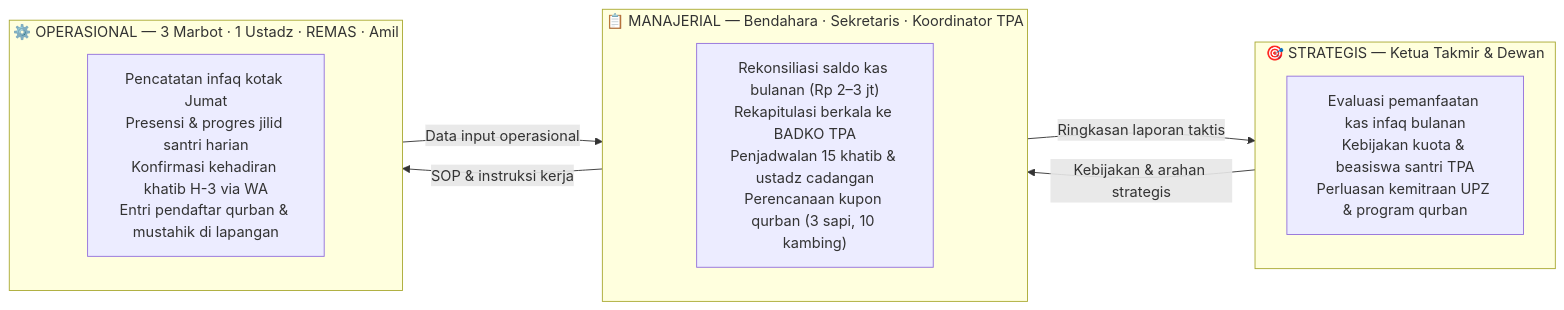
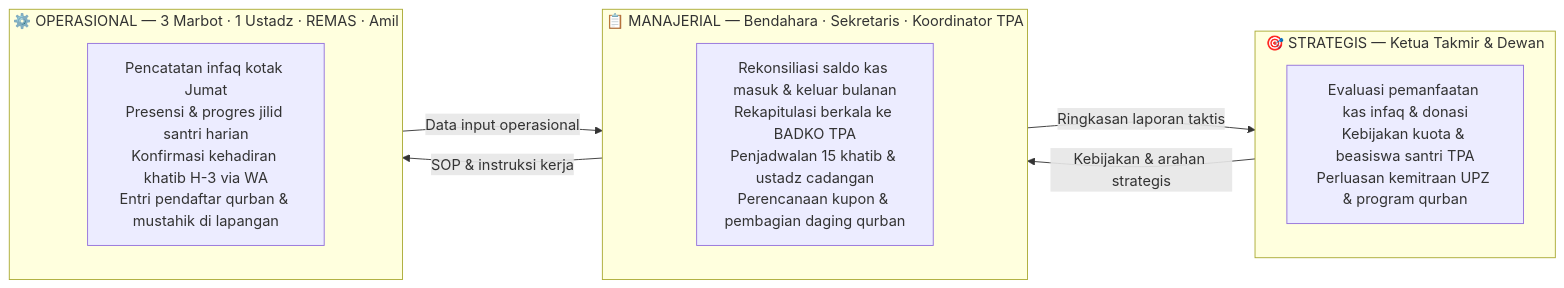
Before and after one commit to anothersunrisee/project-MSI: the fourth of 4 diagrams in Laporan Modul 2 - Kelompok 1 F1.md, drawn with Mermaid. The commit also changed other lines of this file and 1 other file, not shown here.

Commit message:
fix(modul-1-2): harmonize diagrams and internal REMAS governance findings across Modul 1 and 2

````diff
--- a/Laporan Modul 2 - Kelompok 1 F1.md
+++ b/Laporan Modul 2 - Kelompok 1 F1.md
@@ -139,17 +139,17 @@
 ```mermaid
 flowchart LR
     subgraph S["🎯 STRATEGIS — Ketua Takmir & Dewan"]
-        S1["Evaluasi pemanfaatan kas infaq bulanan\nKebijakan kuota & beasiswa santri TPA\nPerluasan kemitraan UPZ & program qurban"]
+        S1["Evaluasi pemanfaatan kas infaq & donasi\nKebijakan kuota & beasiswa santri TPA\nPerluasan kemitraan UPZ & program qurban"]
     end
     subgraph M["📋 MANAJERIAL — Bendahara · Sekretaris · Koordinator TPA"]
-        M1["Rekonsiliasi saldo kas bulanan (Rp 2–3 jt)\nRekapitulasi berkala ke BADKO TPA\nPenjadwalan 15 khatib & ustadz cadangan\nPerencanaan kupon qurban (3 sapi, 10 kambing)"]
+        M1["Rekonsiliasi saldo kas masuk & keluar bulanan\nRekapitulasi berkala ke BADKO TPA\nPenjadwalan 15 khatib & ustadz cadangan\nPerencanaan kupon & pembagian daging qurban"]
     end
     subgraph O["⚙️ OPERASIONAL — 3 Marbot · 1 Ustadz · REMAS · Amil"]
         O1["Pencatatan infaq kotak Jumat\nPresensi & progres jilid santri harian\nKonfirmasi kehadiran khatib H-3 via WA\nEntri pendaftar qurban & mustahik di lapangan"]
     end
 
     O -- "Data input operasional" --> M
     M -- "Ringkasan laporan taktis" --> S
     S -- "Kebijakan & arahan strategis" --> M
     M -- "SOP & instruksi kerja" --> O
 ```
````
